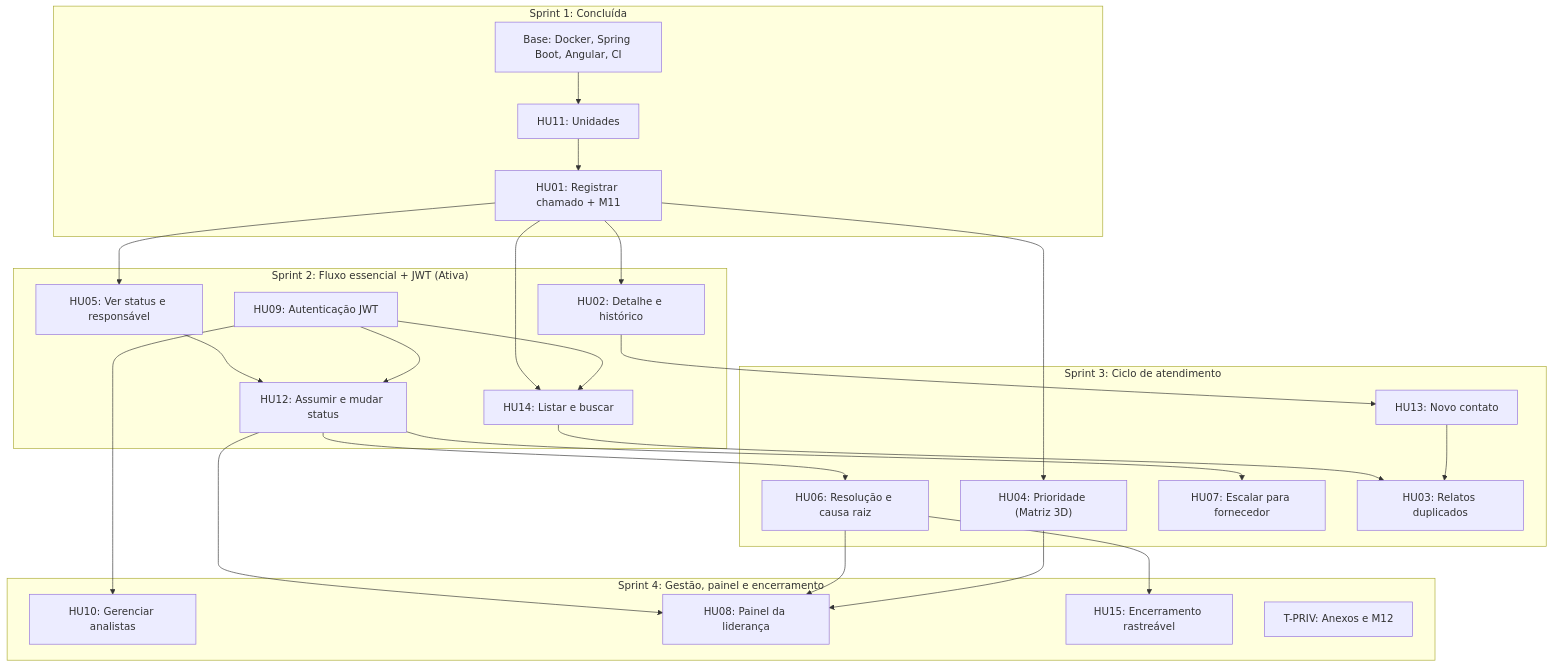
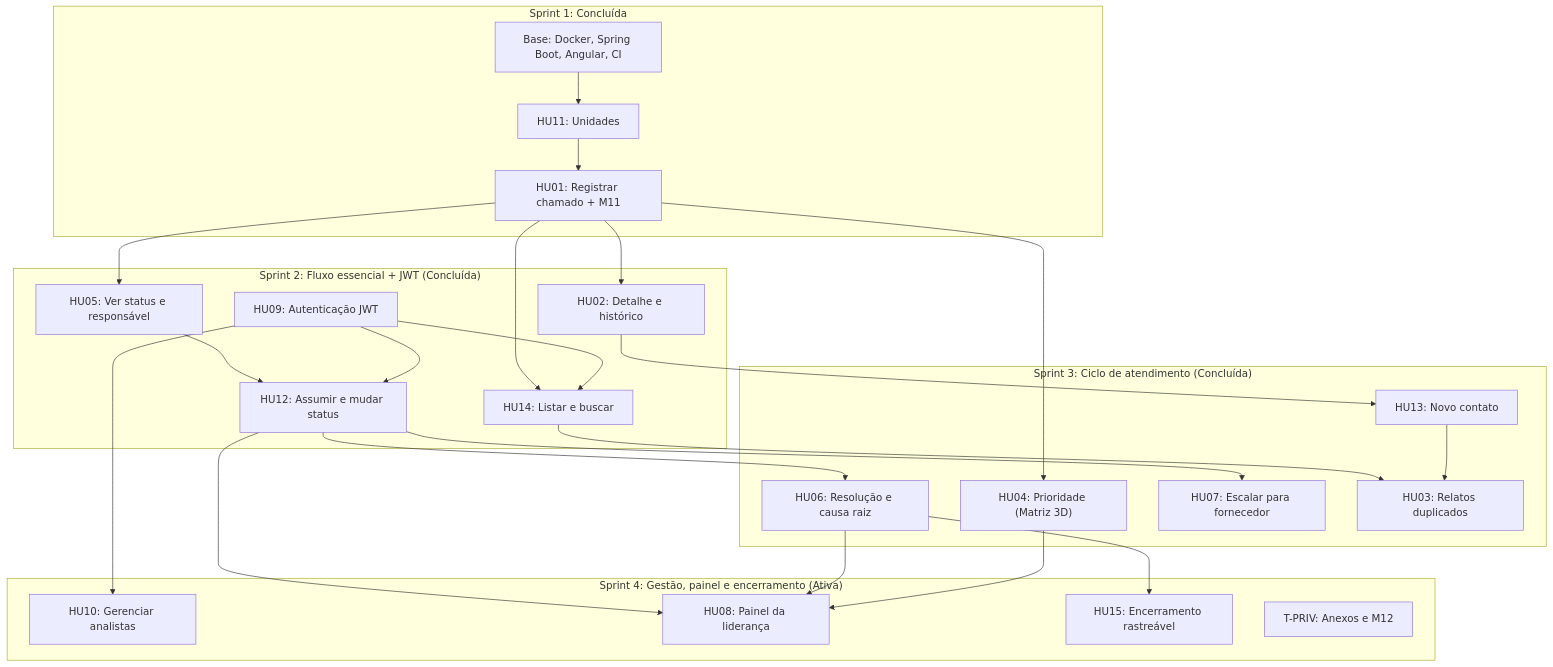
The diagram in docs/05-backlog-geral-mvp.md (LouisLuos/AvanDesk-AI), drawn with Mermaid before and after one commit. The commit also changed other lines of this file and 1 other file, not shown here.

````diff
--- a/docs/05-backlog-geral-mvp.md
+++ b/docs/05-backlog-geral-mvp.md
@@ -56,43 +58,43 @@
 ```mermaid
 flowchart TD
     subgraph S1["Sprint 1: Concluída"]
         BASE["Base: Docker, Spring Boot, Angular, CI"]
         HU11["HU11: Unidades"]
         HU01["HU01: Registrar chamado + M11"]
     end
 
-    subgraph S2["Sprint 2: Fluxo essencial + JWT (Ativa)"]
+    subgraph S2["Sprint 2: Fluxo essencial + JWT (Concluída)"]
         HU09["HU09: Autenticação JWT"]
         HU14["HU14: Listar e buscar"]
         HU02["HU02: Detalhe e histórico"]
         HU05["HU05: Ver status e responsável"]
         HU12["HU12: Assumir e mudar status"]
     end
 
-    subgraph S3["Sprint 3: Ciclo de atendimento"]
+    subgraph S3["Sprint 3: Ciclo de atendimento (Concluída)"]
         HU04["HU04: Prioridade (Matriz 3D)"]
         HU06["HU06: Resolução e causa raiz"]
         HU07["HU07: Escalar para fornecedor"]
         HU13["HU13: Novo contato"]
         HU03["HU03: Relatos duplicados"]
     end
 
-    subgraph S4["Sprint 4: Gestão, painel e encerramento"]
+    subgraph S4["Sprint 4: Gestão, painel e encerramento (Ativa)"]
         HU10["HU10: Gerenciar analistas"]
         HU08["HU08: Painel da liderança"]
         HU15["HU15: Encerramento rastreável"]
         PRIV["T-PRIV: Anexos e M12"]
     end
 
     BASE --> HU11 --> HU01
     HU09 --> HU14 & HU12
     HU01 --> HU14 & HU02 & HU05
     HU05 --> HU12
     HU02 --> HU13
     HU13 & HU14 --> HU03
     HU01 --> HU04
     HU12 --> HU06 & HU07
     HU06 --> HU15
     HU04 & HU06 & HU12 --> HU08
     HU09 --> HU10
 ```
````
